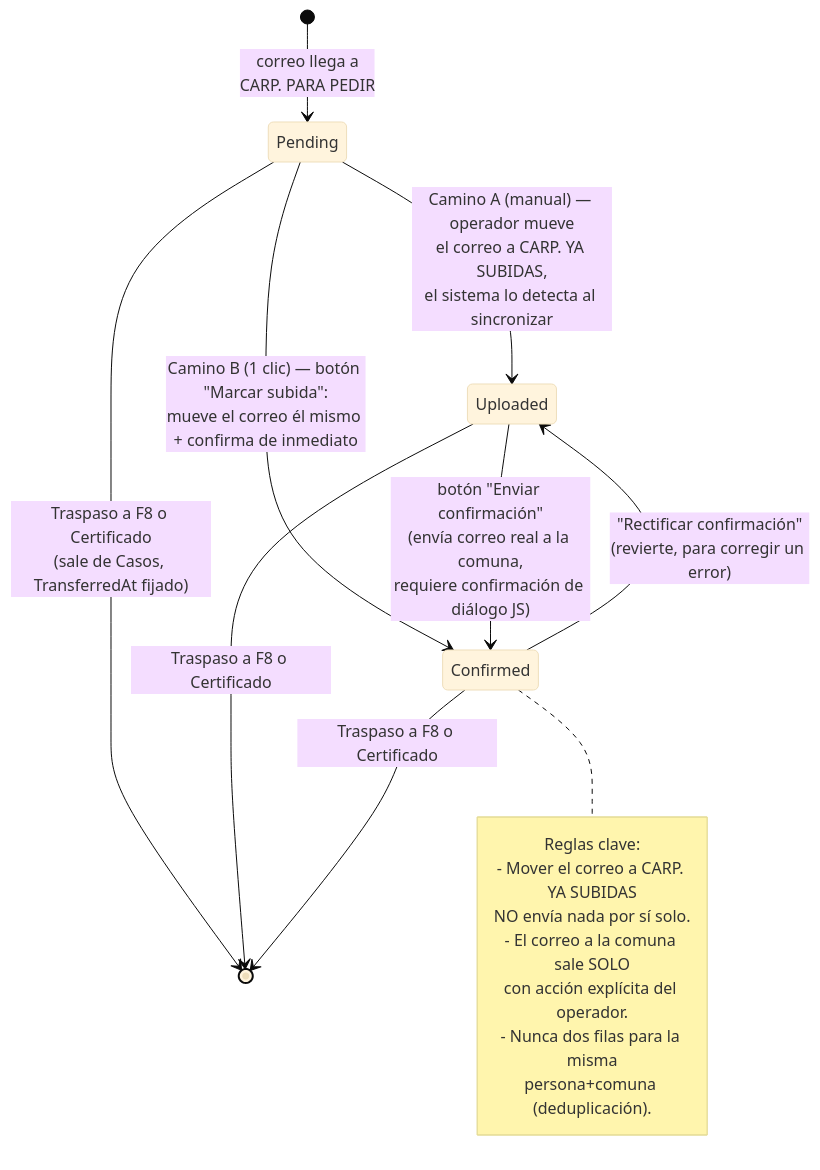
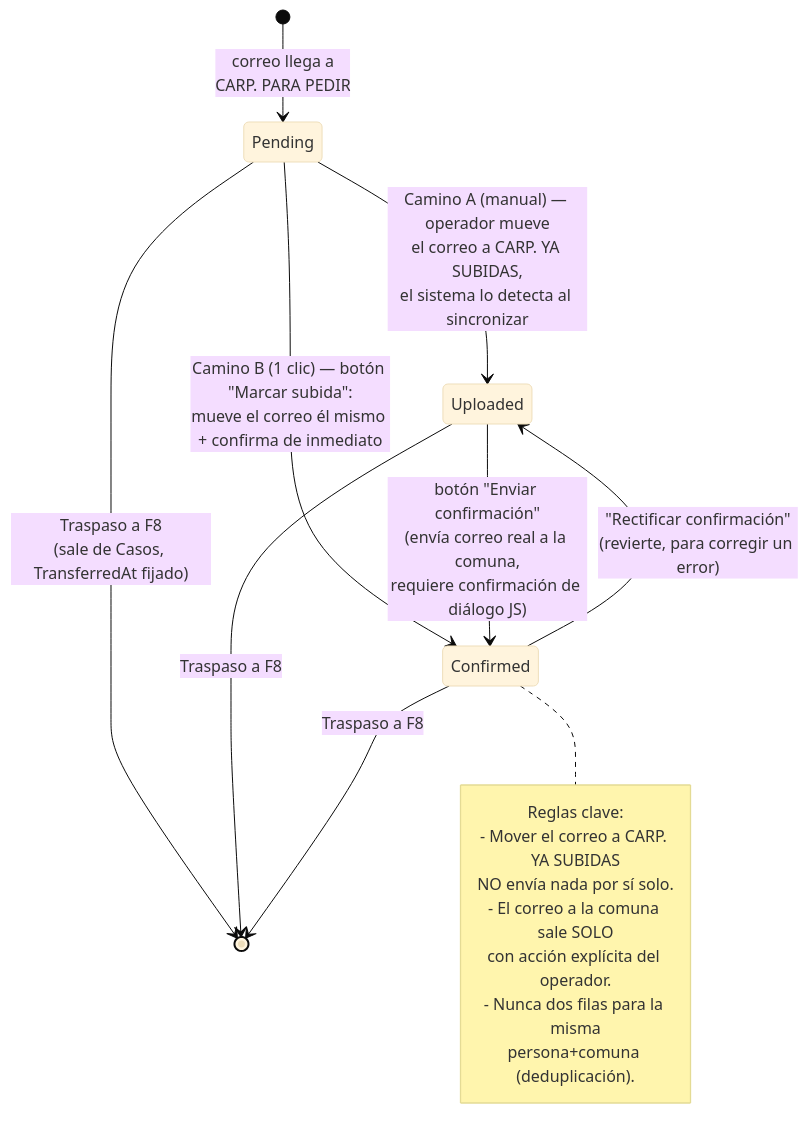
One commit to corsal2025/cambio-de-domicilio changed the second of 6 diagrams in docs/diagrama-sistema.md. Above: the diagram before and after it, drawn with Mermaid (base theme). The commit also changed other lines of this file and 67 other files, not shown here.

````diff
--- a/docs/diagrama-sistema.md
+++ b/docs/diagrama-sistema.md
@@ -56,25 +54,25 @@
 ```mermaid
 stateDiagram-v2
     [*] --> Pending: correo llega a<br/>CARP. PARA PEDIR
 
     Pending --> Uploaded: Camino A (manual) — operador mueve<br/>el correo a CARP. YA SUBIDAS,<br/>el sistema lo detecta al sincronizar
     Pending --> Confirmed: Camino B (1 clic) — botón "Marcar subida":<br/>mueve el correo él mismo + confirma de inmediato
 
     Uploaded --> Confirmed: botón "Enviar confirmación"<br/>(envía correo real a la comuna,<br/>requiere confirmación de diálogo JS)
 
     Confirmed --> Uploaded: "Rectificar confirmación"<br/>(revierte, para corregir un error)
 
-    Pending --> [*]: Traspaso a F8 o Certificado<br/>(sale de Casos, TransferredAt fijado)
-    Uploaded --> [*]: Traspaso a F8 o Certificado
-    Confirmed --> [*]: Traspaso a F8 o Certificado
+    Pending --> [*]: Traspaso a F8<br/>(sale de Casos, TransferredAt fijado)
+    Uploaded --> [*]: Traspaso a F8
+    Confirmed --> [*]: Traspaso a F8
 
     note right of Confirmed
         Reglas clave:
         - Mover el correo a CARP. YA SUBIDAS
           NO envía nada por sí solo.
         - El correo a la comuna sale SOLO
           con acción explícita del operador.
         - Nunca dos filas para la misma
           persona+comuna (deduplicación).
     end note
 ```
````
